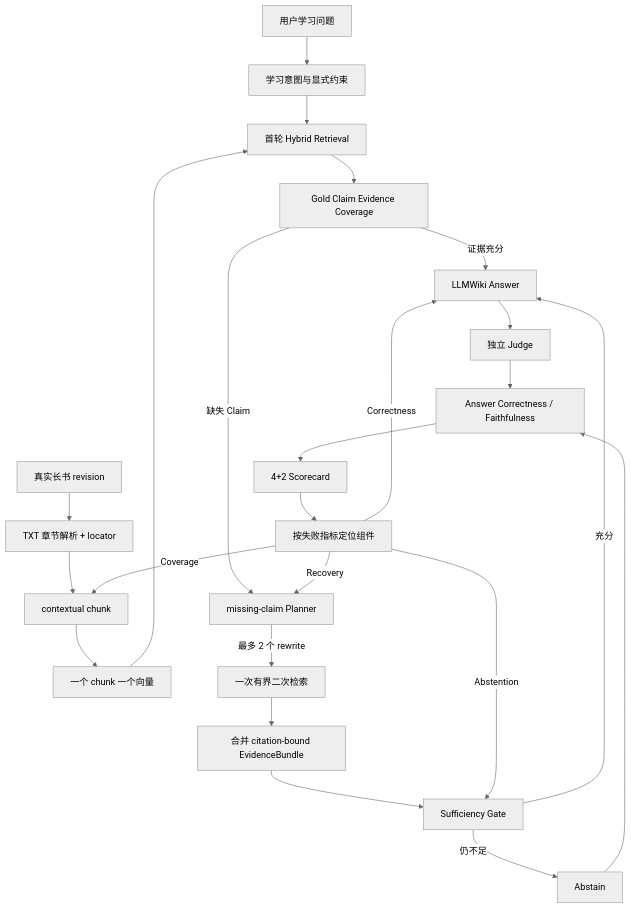
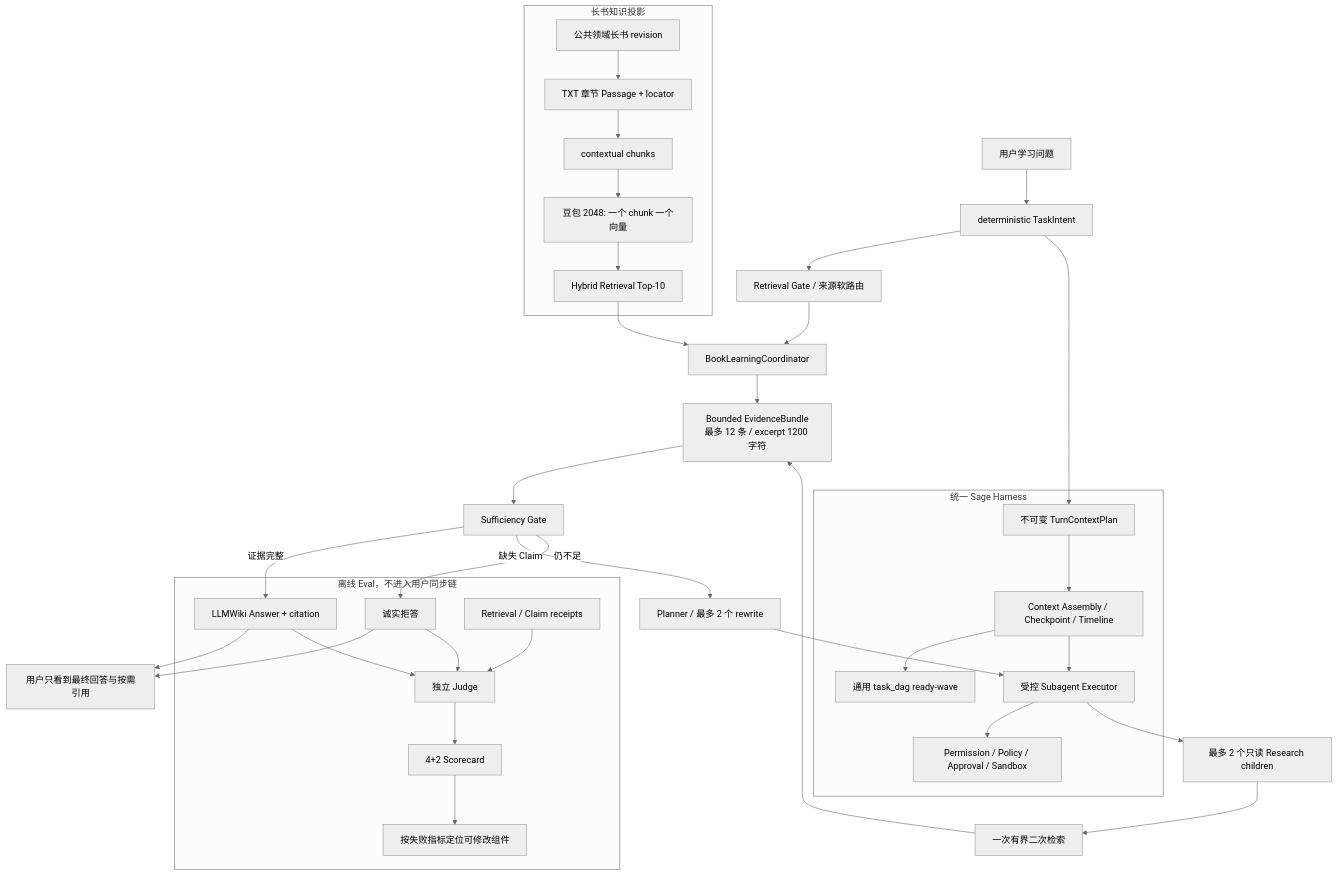
One commit to ZeroMadLife/sage-agent changed the diagram in docs/evals/book-learning-embedding-provider-tradeoff-v1.md. Above: the diagram before and after it, drawn with Mermaid (neutral theme). The commit also changed other lines of this file and 4 other files, not shown here.

````diff
--- a/docs/evals/book-learning-embedding-provider-tradeoff-v1.md
+++ b/docs/evals/book-learning-embedding-provider-tradeoff-v1.md
@@ -31,26 +52,43 @@
 ```mermaid
-flowchart TD
-    Q["用户学习问题"] --> I["学习意图与显式约束"]
-    I --> R1["首轮 Hybrid Retrieval"]
-    B["真实长书 revision"] --> C["TXT 章节解析 + locator"]
-    C --> CH["contextual chunk"]
-    CH --> E["一个 chunk 一个向量"]
-    E --> R1
-    R1 --> CE["Gold Claim Evidence Coverage"]
-    CE -->|"证据充分"| G["LLMWiki Answer"]
-    CE -->|"缺失 Claim"| P["missing-claim Planner"]
-    P -->|"最多 2 个 rewrite"| R2["一次有界二次检索"]
-    R2 --> EB["合并 citation-bound EvidenceBundle"]
+flowchart TB
+    U["用户学习问题"] --> TI["deterministic TaskIntent"]
+    TI --> RG["Retrieval Gate / 来源软路由"]
+    TI --> CP["不可变 TurnContextPlan"]
+
+    subgraph K["长书知识投影"]
+        B["公共领域长书 revision"] --> P["TXT 章节 Passage + locator"]
+        P --> CH["contextual chunks"]
+        CH --> EM["豆包 2048: 一个 chunk 一个向量"]
+        EM --> HR["Hybrid Retrieval Top-10"]
+    end
+
+    RG --> CO["BookLearningCoordinator"]
+    HR --> CO
+    CO --> EB["Bounded EvidenceBundle<br/>最多 12 条 / excerpt 1200 字符"]
     EB --> SG["Sufficiency Gate"]
-    SG -->|"充分"| G
-    SG -->|"仍不足"| A["Abstain"]
-    G --> J["独立 Judge"]
-    J --> K["Answer Correctness / Faithfulness"]
-    A --> K
-    K --> S["4+2 Scorecard"]
-    S --> D["按失败指标定位组件"]
-    D -->|"Coverage"| CH
-    D -->|"Recovery"| P
-    D -->|"Correctness"| G
-    D -->|"Abstention"| SG
+    SG -->|"证据完整"| AN["LLMWiki Answer + citation"]
+    SG -->|"缺失 Claim"| PL["Planner / 最多 2 个 rewrite"]
+
+    subgraph H["统一 Sage Harness"]
+        CP --> HA["Context Assembly / Checkpoint / Timeline"]
+        HA --> DAG["通用 task_dag ready-wave"]
+        HA --> SE["受控 Subagent Executor"]
+        SE --> PP["Permission / Policy / Approval / Sandbox"]
+    end
+
+    PL --> SE
+    SE --> R2["最多 2 个只读 Research children"]
+    R2 --> HR2["一次有界二次检索"]
+    HR2 --> EB
+    SG -->|"仍不足"| AB["诚实拒答"]
+    AN --> UO["用户只看到最终回答与按需引用"]
+    AB --> UO
+
+    subgraph E["离线 Eval，不进入用户同步链"]
+        RE["Retrieval / Claim receipts"] --> J["独立 Judge"]
+        AN --> J
+        AB --> J
+        J --> SC["4+2 Scorecard"]
+        SC --> OP["按失败指标定位可修改组件"]
+    end
 ```
````
